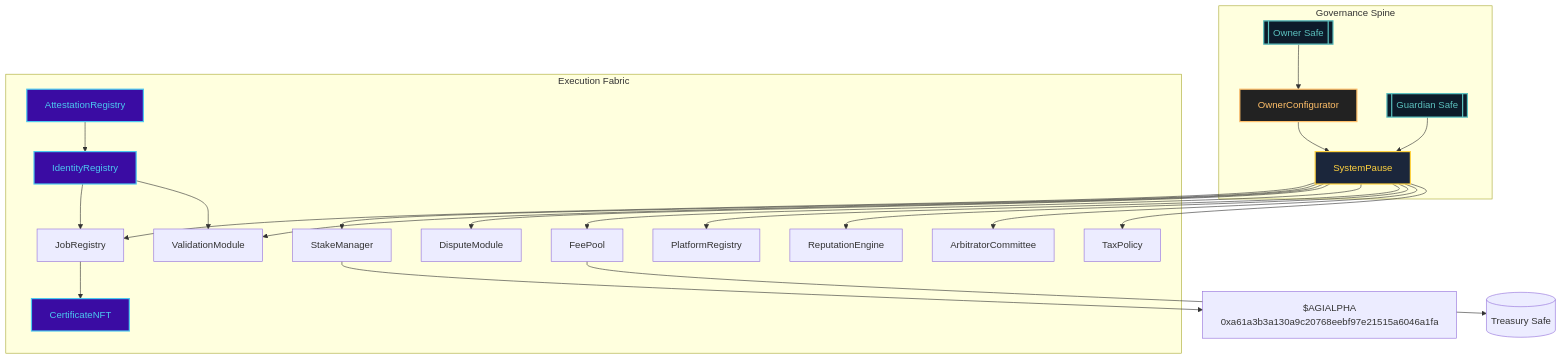
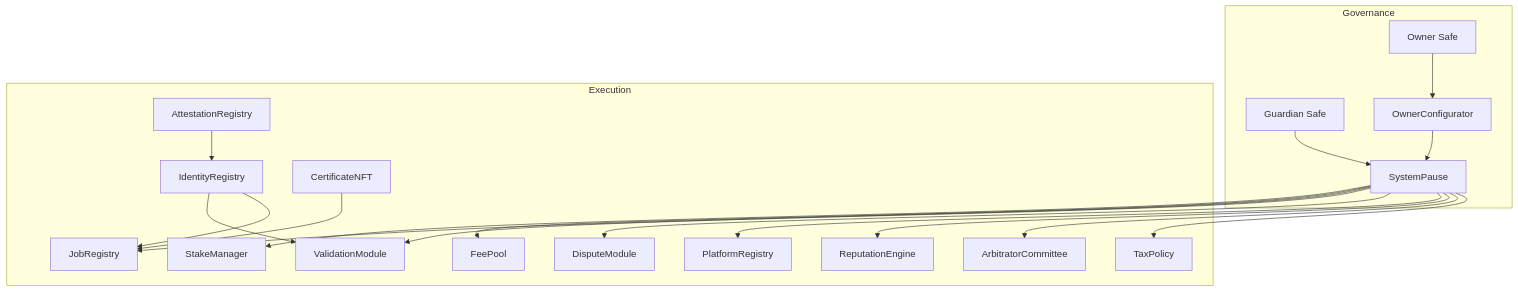
Before and after one commit to MontrealAI/agijobs-sovereign-labor-v0p1: the first of 2 diagrams in truffle/README.md, drawn with Mermaid. The commit also changed other lines of this file and 7 other files, not shown here.

````diff
--- a/truffle/README.md
+++ b/truffle/README.md
@@ -34,32 +28,30 @@
 ```mermaid
 flowchart TB
-    subgraph Governance Spine
-        OwnerSafe[[Owner Safe]]:::gov --> Configurator[OwnerConfigurator]:::ctrl
-        GuardianSafe[[Guardian Safe]]:::gov --> Pause[SystemPause]:::hub
-        Configurator --> Pause
+    subgraph Governance
+        owner[Owner Safe]
+        guardian[Guardian Safe]
+        configurator[OwnerConfigurator]
+        pause[SystemPause]
     end
-
-    subgraph Execution Fabric
-        Pause --> Job[JobRegistry]
-        Pause --> Stake[StakeManager]
-        Pause --> Validate[ValidationModule]
-        Pause --> Dispute[DisputeModule]
-        Pause --> Fee[FeePool]
-        Pause --> Platform[PlatformRegistry]
-        Pause --> Reputation[ReputationEngine]
-        Pause --> Committee[ArbitratorCommittee]
-        Pause --> Tax[TaxPolicy]
-        Identity[IdentityRegistry]:::id --> Job
-        Identity --> Validate
-        Attest[AttestationRegistry]:::id --> Identity
-        Job --> Cert[CertificateNFT]:::id
+    subgraph Execution
+        stake[StakeManager]
+        fee[FeePool]
+        job[JobRegistry]
+        validate[ValidationModule]
+        dispute[DisputeModule]
+        platform[PlatformRegistry]
+        rep[ReputationEngine]
+        committee[ArbitratorCommittee]
+        tax[TaxPolicy]
+        identity[IdentityRegistry]
+        attest[AttestationRegistry]
+        cert[CertificateNFT]
     end
-
-    Fee --> Treasury[(Treasury Safe)]
-    Stake --> Token[$AGIALPHA\n0xa61a3b3a130a9c20768eebf97e21515a6046a1fa]
-
-    classDef gov fill:#0d1b2a,color:#5bc0be,stroke:#5bc0be,stroke-width:2px;
-    classDef ctrl fill:#222,color:#ffbf69,stroke:#ffbf69,stroke-width:2px;
-    classDef hub fill:#1b263b,color:#ffd23f,stroke:#ffd23f,stroke-width:2px;
-    classDef id fill:#3a0ca3,color:#4cc9f0,stroke:#4cc9f0,stroke-width:2px;
+    owner --> configurator --> pause
+    guardian --> pause
+    pause --> stake & fee & job & validate & dispute & platform & rep & committee & tax
+    identity --> validate
+    identity --> job
+    attest --> identity
+    cert --> job
 ```
````
